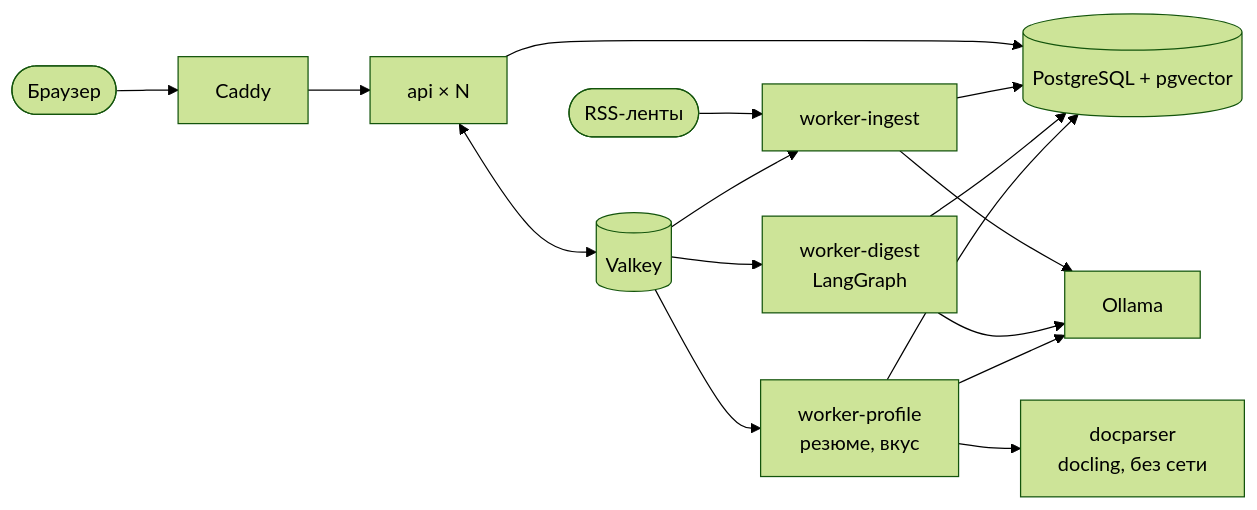
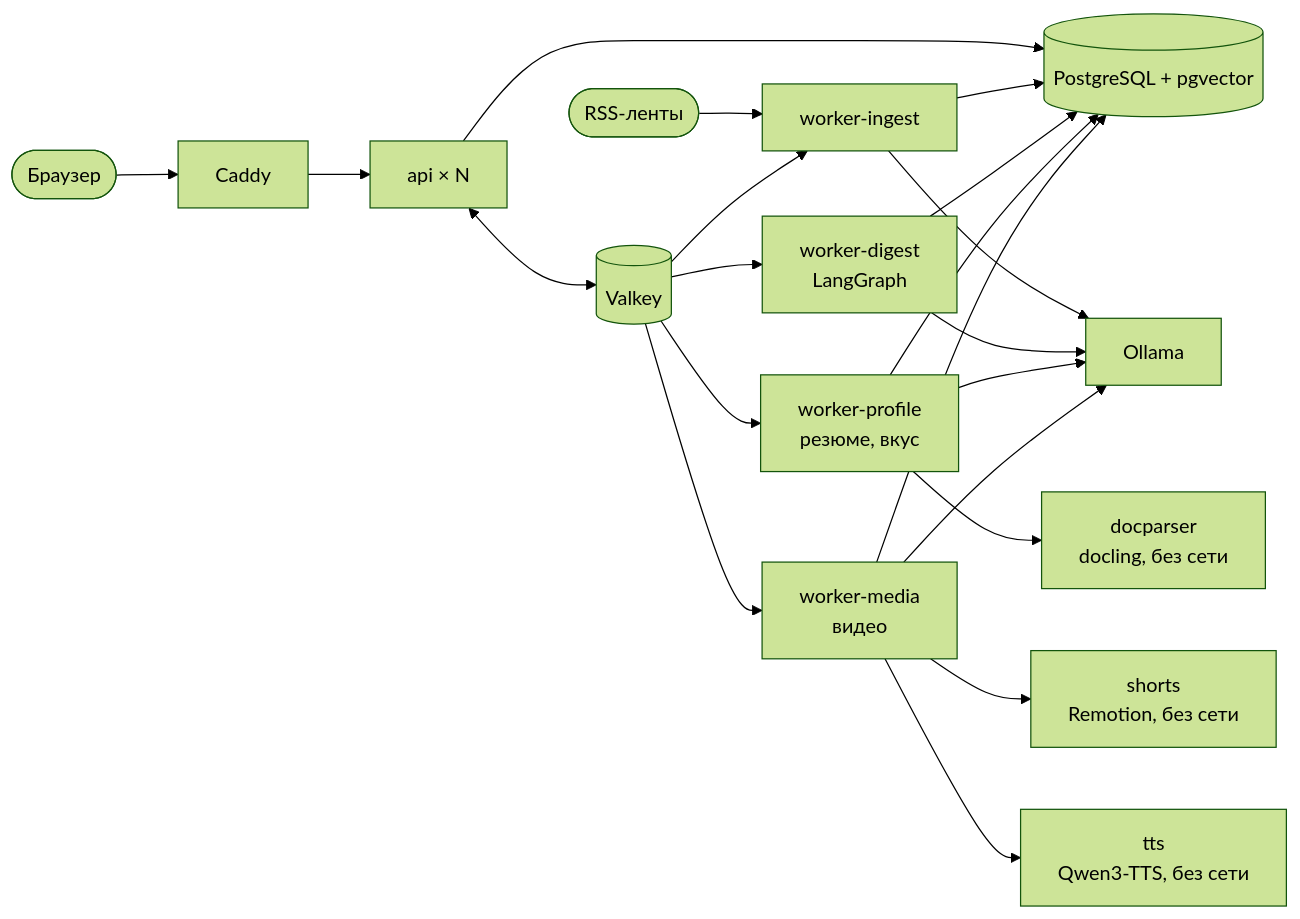
Before and after one commit to verikirill/scrap-and-grep: the diagram in README.md, drawn with Mermaid (forest theme). The commit also changed other lines of this file and 7 other files, not shown here.

````diff
--- a/README.md
+++ b/README.md
@@ -102,18 +120,23 @@
 ```mermaid
 flowchart LR
     feeds([RSS-ленты]) --> wi[worker-ingest]
     browser([Браузер]) --> web[Caddy]
     web --> api[api × N]
     api --> pg[(PostgreSQL + pgvector)]
     api <--> vk[(Valkey)]
     vk --> wi
     vk --> wd[worker-digest<br/>LangGraph]
     vk --> wp[worker-profile<br/>резюме, вкус]
     wp --> dp[docparser<br/>docling, без сети]
+    vk --> wm[worker-media<br/>видео]
+    wm --> sh[shorts<br/>Remotion, без сети]
+    wm --> tts[tts<br/>Qwen3-TTS, без сети]
     wi --> pg
     wd --> pg
     wp --> pg
+    wm --> pg
     wi --> ollama[Ollama]
     wd --> ollama
     wp --> ollama
+    wm --> ollama
 ```
````
